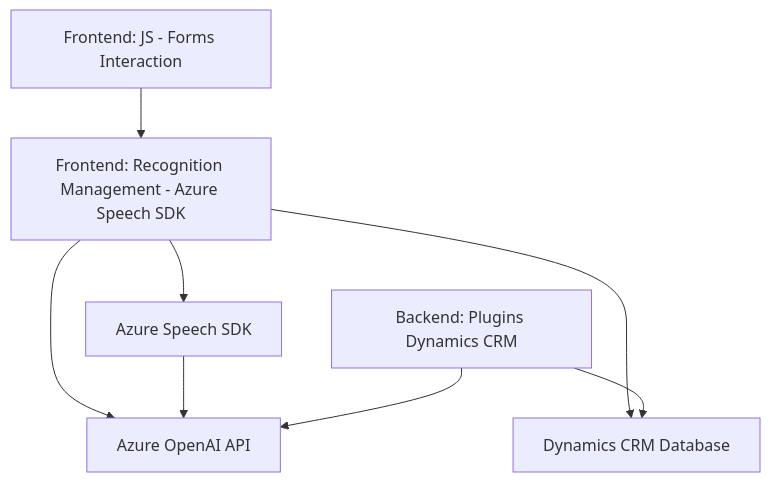
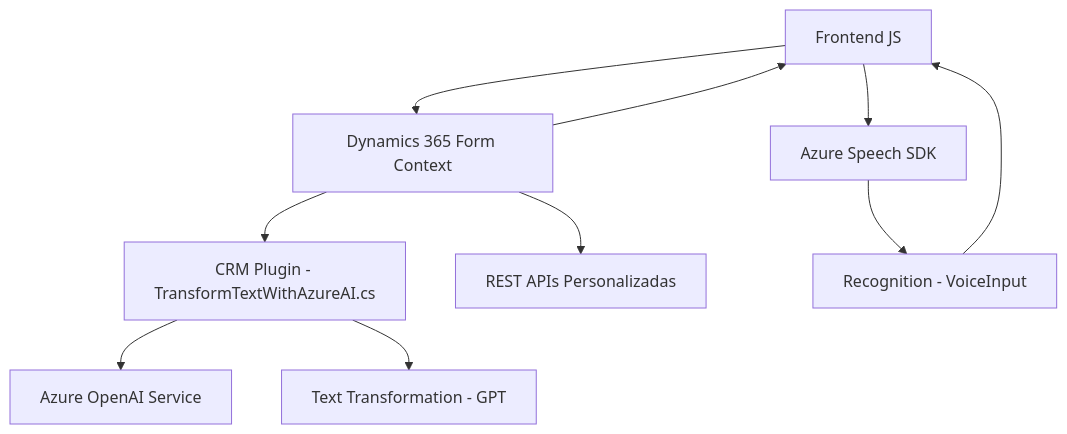
One commit to blopezdm/NETCORE_BILBAO2025 changed the diagram in README.md. Above: the diagram before and after it, drawn with Mermaid. The commit also changed other lines of this file, not shown here.

````diff
--- a/README.md
+++ b/README.md
@@ -35,17 +41,12 @@
 ```mermaid
 graph TD
-    A["Frontend: JS - Forms Interaction"]
-    B["Frontend: Recognition Management - Azure Speech SDK"]
-    C["Azure Speech SDK"]
-    D["Azure OpenAI API"]
-    E["Backend: Plugins Dynamics CRM"]
-    F["Dynamics CRM Database"]
-
-    A --> B
-    B --> C
-    B --> D
-    C --> D
-    B --> F
-    E --> F
-    E --> D
+    A["Frontend JS"] --> B["Dynamics 365 Form Context"]
+    A --> C["Azure Speech SDK"]
+    B --> D["CRM Plugin - TransformTextWithAzureAI.cs"]
+    D --> E["Azure OpenAI Service"]
+    B --> F["REST APIs Personalizadas"]
+    B --> A
+    C --> G["Recognition - VoiceInput"]
+    G --> A
+    D --> H["Text Transformation - GPT"]
 ```
````
